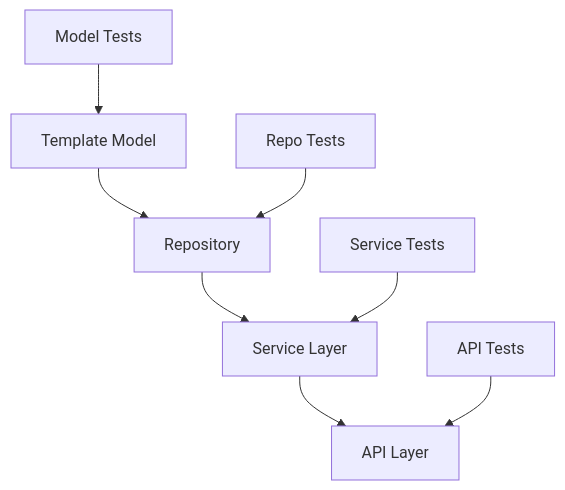
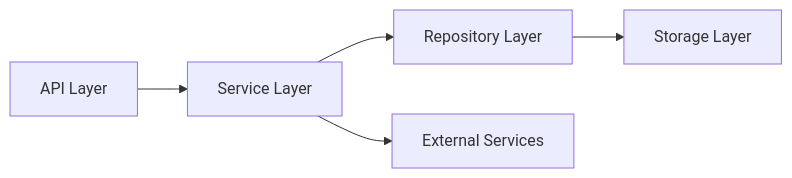
The second of 2 diagrams in memory-bank/systemPatterns.md (lucasvnd/rag_agent), drawn with Mermaid before and after one commit. The commit also changed other lines of this file and 5 other files, not shown here.

````diff
--- a/memory-bank/systemPatterns.md
+++ b/memory-bank/systemPatterns.md
@@ -297,11 +47,7 @@
 ```mermaid
-graph TD
-    A[Template Model] --> B[Repository]
-    B --> C[Service Layer]
-    C --> D[API Layer]
-    
-    A1[Model Tests] --> A
-    B1[Repo Tests] --> B
-    C1[Service Tests] --> C
-    D1[API Tests] --> D
+graph LR
+    A[API Layer] --> B[Service Layer]
+    B --> C[Repository Layer]
+    C --> D[Storage Layer]
+    B --> E[External Services]
 ```
````
